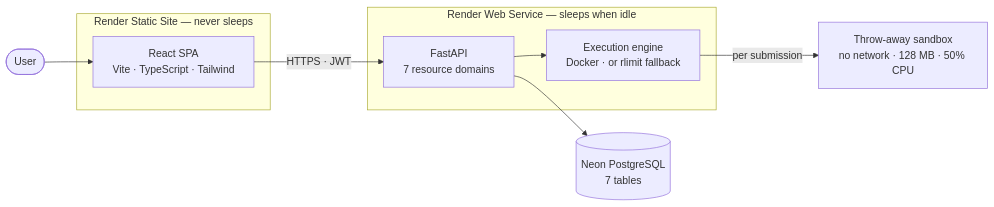
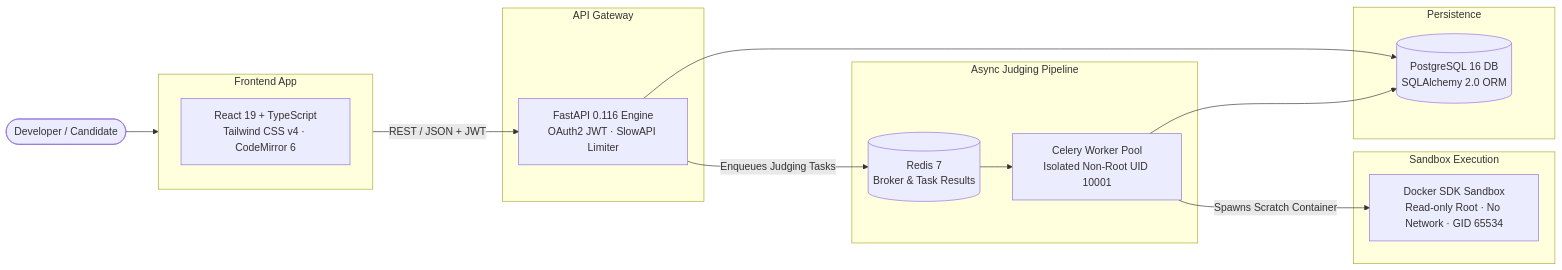
Before and after one commit to rithvikkaki/JudgeX: the diagram in README.md, drawn with Mermaid. The commit also changed other lines of this file and 5 other files, not shown here.

Commit message:
docs: update README with JudgeX architecture, security model, and screenshots

````diff
--- a/README.md
+++ b/README.md
@@ -213,21 +48,33 @@
 ```mermaid
 flowchart LR
-    User(["User"])
+    User(["Developer / Candidate"])
 
-    subgraph CDN["Render Static Site — never sleeps"]
-        FE["React SPA<br/>Vite · TypeScript · Tailwind"]
+    subgraph FE["Frontend App"]
+        Vite["React 19 + TypeScript<br/>Tailwind CSS v4 · CodeMirror 6"]
     end
 
-    subgraph Web["Render Web Service — sleeps when idle"]
-        API["FastAPI<br/>7 resource domains"]
-        Engine["Execution engine<br/>Docker · or rlimit fallback"]
+    subgraph API_Layer["API Gateway"]
+        FastAPI["FastAPI 0.116 Engine<br/>OAuth2 JWT · SlowAPI Limiter"]
     end
 
-    DB[("Neon PostgreSQL<br/>7 tables")]
+    subgraph Queue_Layer["Async Judging Pipeline"]
+        Redis[("Redis 7<br/>Broker & Task Results")]
+        Celery["Celery Worker Pool<br/>Isolated Non-Root UID 10001"]
+    end
+
+    subgraph Storage["Persistence"]
+        Postgres[("PostgreSQL 16 DB<br/>SQLAlchemy 2.0 ORM")]
+    end
+
+    subgraph Sandbox["Sandbox Execution"]
+        DockerEngine["Docker SDK Sandbox<br/>Read-only Root · No Network · GID 65534"]
+    end
 
     User --> FE
-    FE -->|"HTTPS · JWT"| API
-    API --> DB
-    API --> Engine
-    Engine -->|"per submission"| Sandbox["Throw-away sandbox<br/>no network · 128 MB · 50% CPU"]
+    FE -->|"REST / JSON + JWT"| FastAPI
+    FastAPI --> Postgres
+    FastAPI -->|"Enqueues Judging Tasks"| Redis
+    Redis --> Celery
+    Celery --> Postgres
+    Celery -->|"Spawns Scratch Container"| DockerEngine
 ```
````
